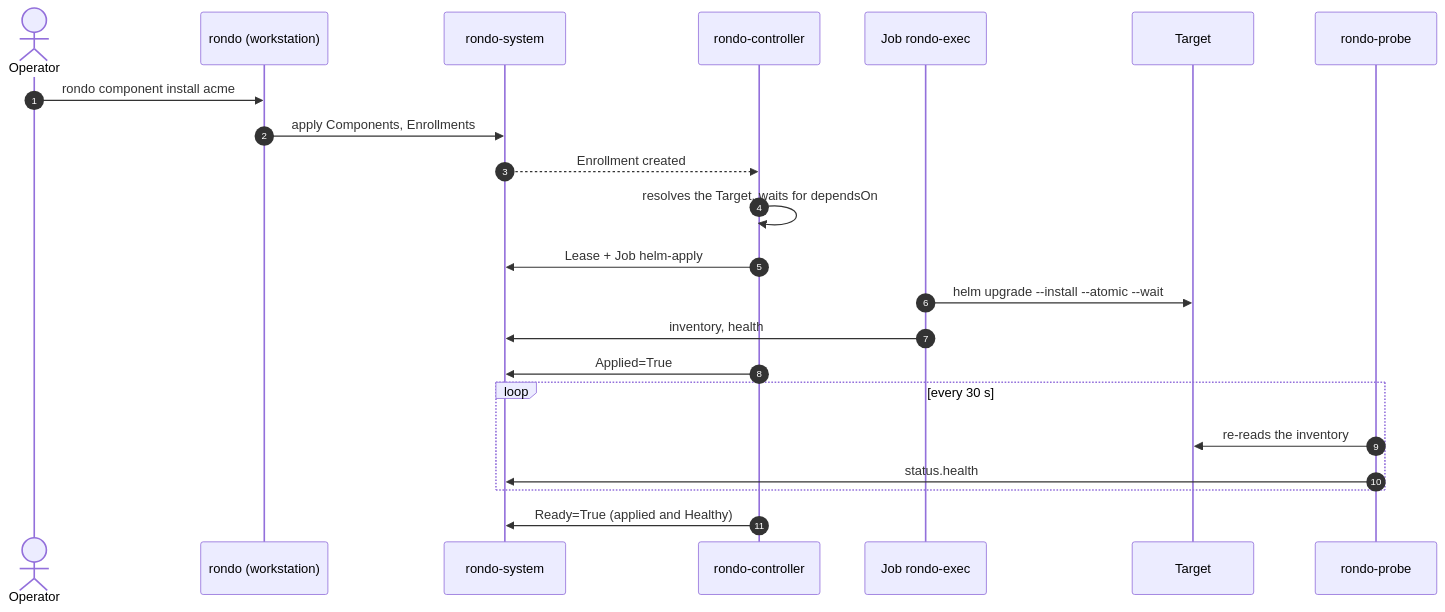
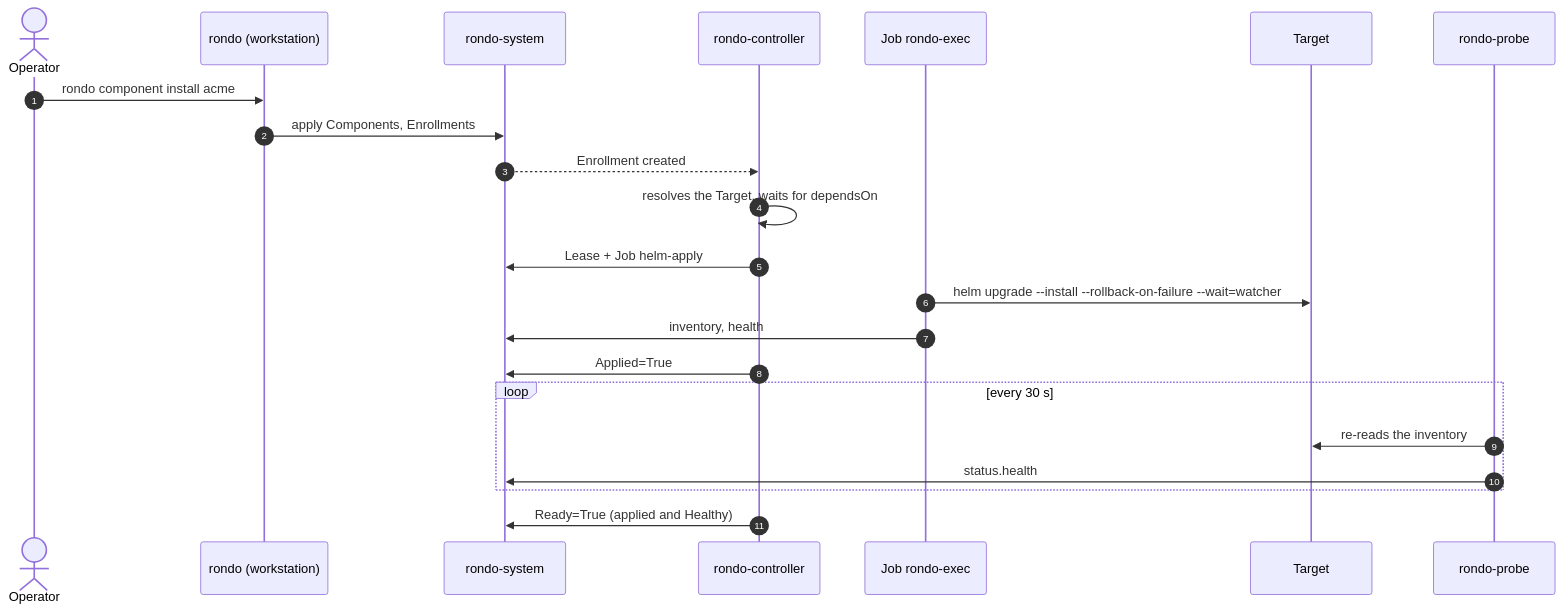
Before and after one commit to ouafeul/rondo: the first of 2 diagrams in docs/src/content/docs/concepts/architecture.mdx, drawn with Mermaid. The commit also changed 18 other files, not shown here.

````diff
--- a/docs/src/content/docs/concepts/architecture.mdx
+++ b/docs/src/content/docs/concepts/architecture.mdx
@@ -16,24 +16,24 @@
 ```mermaid
 sequenceDiagram
   autonumber
   actor Op as Operator
   participant CLI as rondo (workstation)
   participant K as rondo-system
   participant C as rondo-controller
   participant J as Job rondo-exec
   participant T as Target
   participant P as rondo-probe
   Op->>CLI: rondo component install acme
   CLI->>K: apply Components, Enrollments
   K-->>C: Enrollment created
   C->>C: resolves the Target, waits for dependsOn
   C->>K: Lease + Job helm-apply
-  J->>T: helm upgrade --install --atomic --wait
+  J->>T: helm upgrade --install --rollback-on-failure --wait=watcher
   J->>K: inventory, health
   C->>K: Applied=True
   loop every 30 s
     P->>T: re-reads the inventory
     P->>K: status.health
   end
   C->>K: Ready=True (applied and Healthy)
 ```
````
